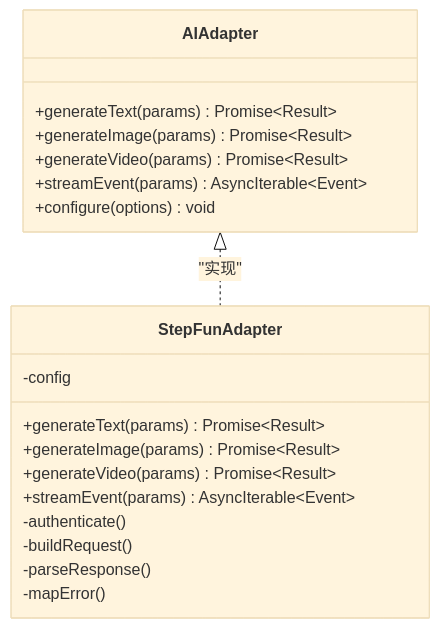
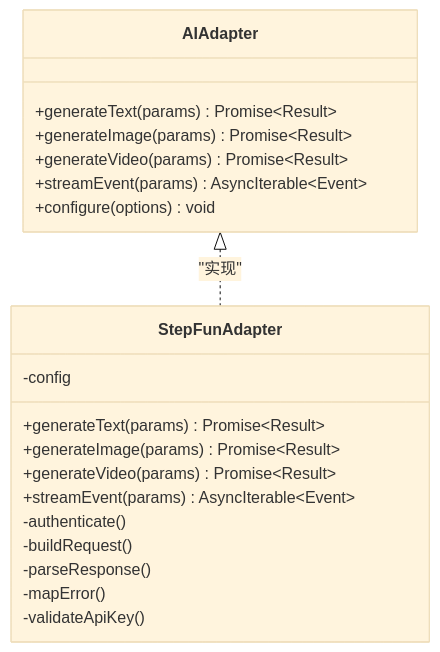
The third of 7 diagrams in .qoder/repowiki/zh/content/架构设计/核心模块设计/AI 服务集成设计.md (AIMFllyYS/code-video-canvas), drawn with Mermaid (base theme) before and after one commit. The commit also changed other lines of this file and 31 other files, not shown here.

````diff
--- a/.qoder/repowiki/zh/content/架构设计/核心模块设计/AI 服务集成设计.md
+++ b/.qoder/repowiki/zh/content/架构设计/核心模块设计/AI 服务集成设计.md
@@ -163,22 +171,23 @@
 ```mermaid
 classDiagram
 class AIAdapter {
 +generateText(params) Promise~Result~
 +generateImage(params) Promise~Result~
 +generateVideo(params) Promise~Result~
 +streamEvent(params) AsyncIterable~Event~
 +configure(options) void
 }
 class StepFunAdapter {
 -config
 +generateText(params) Promise~Result~
 +generateImage(params) Promise~Result~
 +generateVideo(params) Promise~Result~
 +streamEvent(params) AsyncIterable~Event~
 -authenticate()
 -buildRequest()
 -parseResponse()
 -mapError()
+-validateApiKey()
 }
 AIAdapter <|.. StepFunAdapter : "实现"
 ```
````
